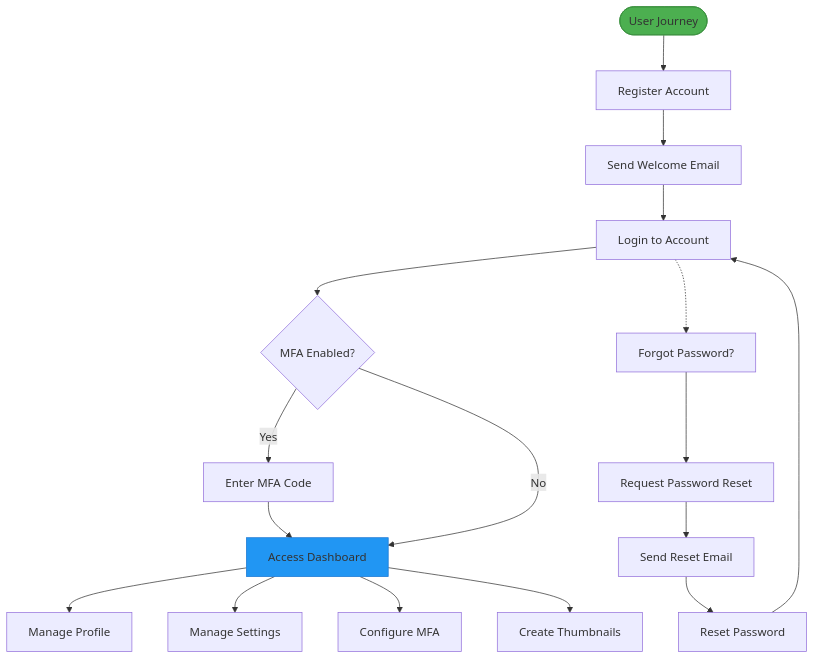
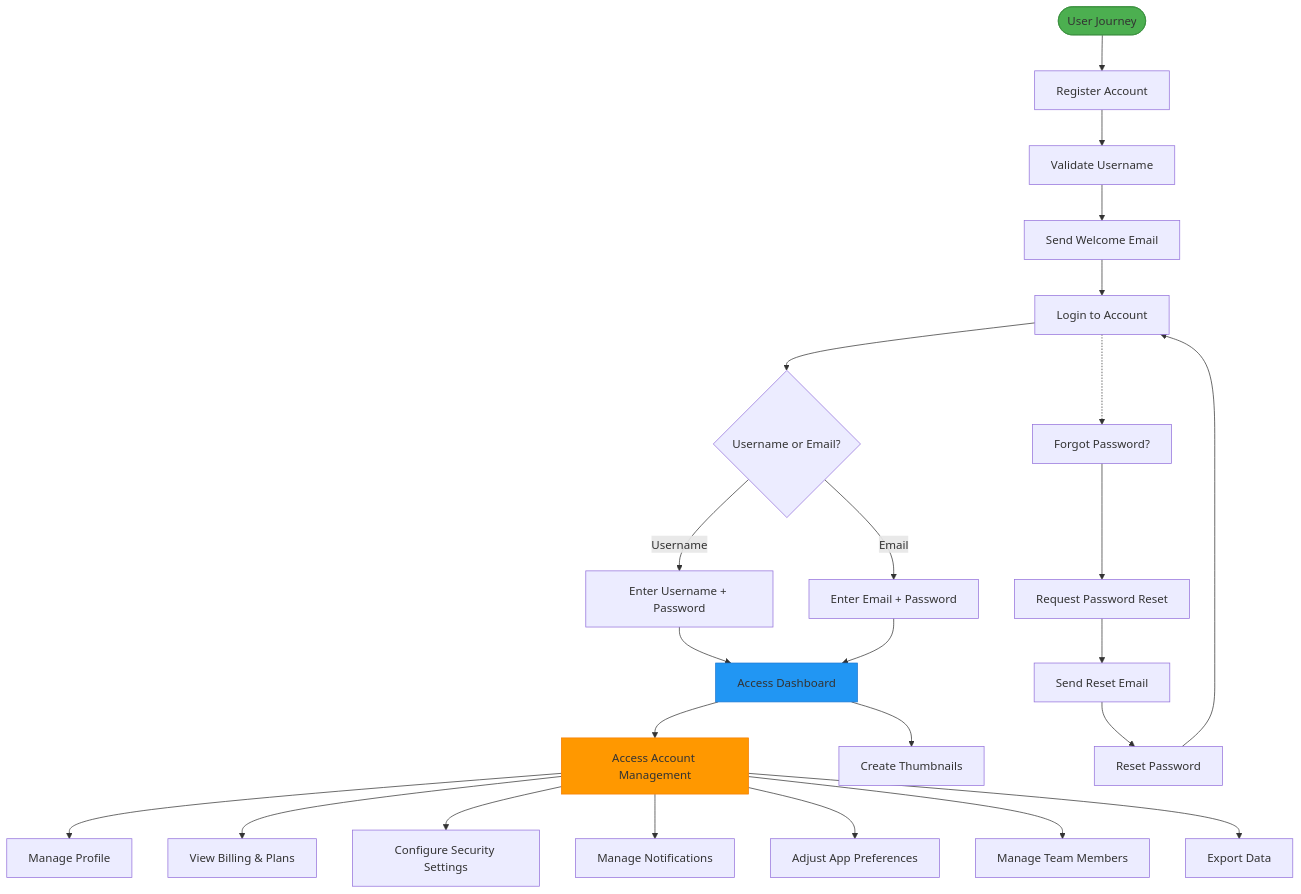
The first of 16 diagrams in .qoder/repowiki/en/content/Authentication & User Management/Authentication & User Management.md (Brimstow/ThumPiks), drawn with Mermaid before and after one commit. The commit also changed other lines of this file and 900 other files, not shown here.

````diff
--- a/.qoder/repowiki/en/content/Authentication & User Management/Authentication & User Management.md
+++ b/.qoder/repowiki/en/content/Authentication & User Management/Authentication & User Management.md
@@ -52,21 +68,29 @@
 ```mermaid
 flowchart TD
 Start([User Journey]) --> Register["Register Account"]
-Register --> WelcomeEmail["Send Welcome Email"]
+Register --> UsernameValidation["Validate Username"]
+UsernameValidation --> WelcomeEmail["Send Welcome Email"]
 WelcomeEmail --> Login["Login to Account"]
-Login --> MFA{MFA Enabled?}
-MFA --> |Yes| MFAAuth["Enter MFA Code"]
-MFAAuth --> Dashboard["Access Dashboard"]
-MFA --> |No| Dashboard
-Dashboard --> Profile["Manage Profile"]
-Dashboard --> Settings["Manage Settings"]
-Dashboard --> MFASetup["Configure MFA"]
+Login --> IdentifierChoice{Username or Email?}
+IdentifierChoice --> |Username| UsernameLogin["Enter Username + Password"]
+IdentifierChoice --> |Email| EmailLogin["Enter Email + Password"]
+UsernameLogin --> Dashboard["Access Dashboard"]
+EmailLogin --> Dashboard
+Dashboard --> AccountPage["Access Account Management"]
+AccountPage --> Profile["Manage Profile"]
+AccountPage --> Billing["View Billing & Plans"]
+AccountPage --> Security["Configure Security Settings"]
+AccountPage --> Notifications["Manage Notifications"]
+AccountPage --> Settings["Adjust App Preferences"]
+AccountPage --> Team["Manage Team Members"]
+AccountPage --> Export["Export Data"]
 Dashboard --> Create["Create Thumbnails"]
 Login -.-> ForgotPassword["Forgot Password?"]
 ForgotPassword --> RequestReset["Request Password Reset"]
 RequestReset --> ResetEmail["Send Reset Email"]
 ResetEmail --> ResetPassword["Reset Password"]
 ResetPassword --> Login
 style Start fill:#4CAF50,stroke:#388E3C
 style Dashboard fill:#2196F3,stroke:#1976D2
+style AccountPage fill:#FF9800,stroke:#F57C00
 ```
````
